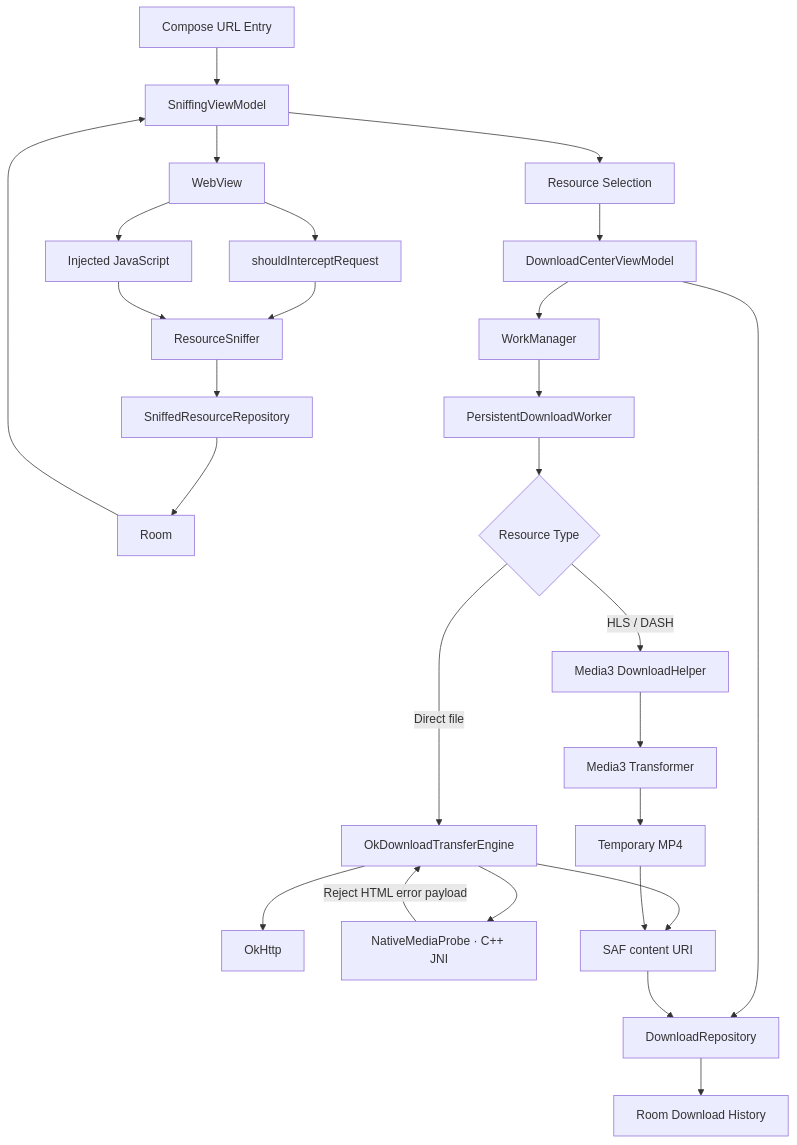
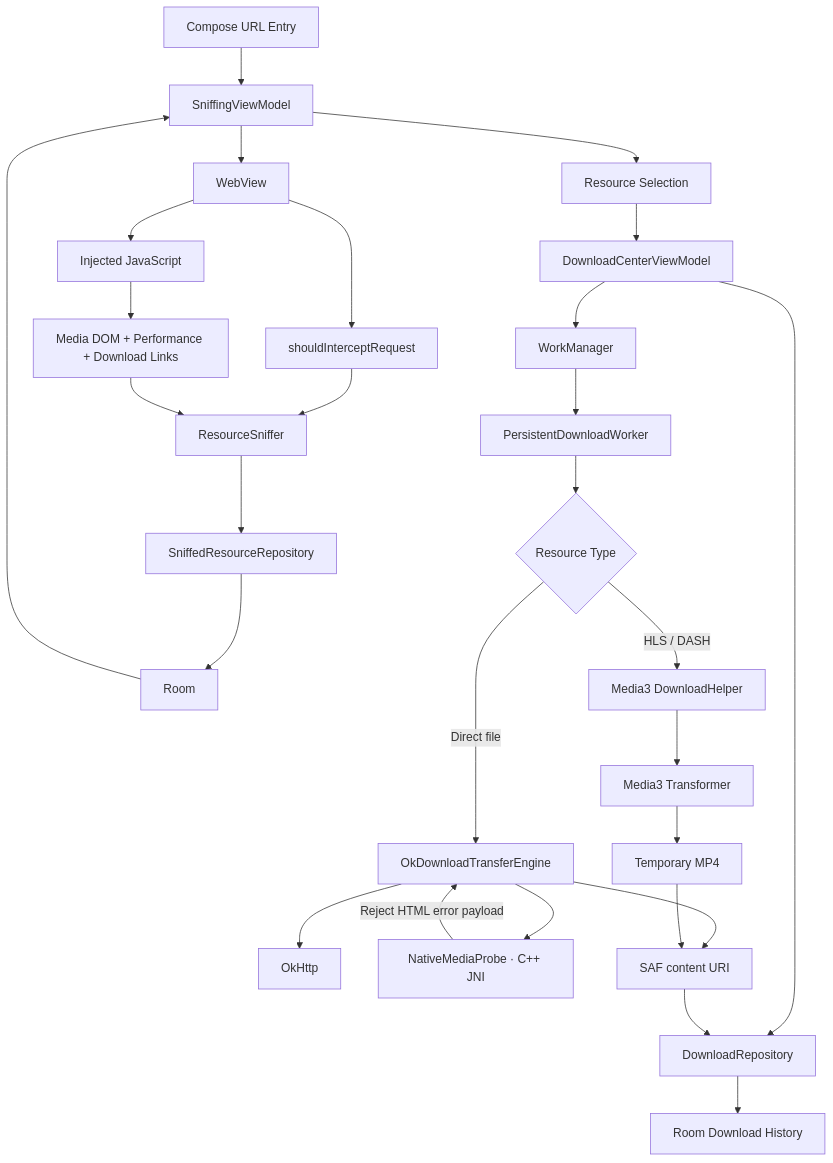
Before and after one commit to sxsbsxs/file-sniffing: the diagram in ARCHITECTURE.md, drawn with Mermaid. The commit also changed other lines of this file and 3 other files, not shown here.

````diff
--- a/ARCHITECTURE.md
+++ b/ARCHITECTURE.md
@@ -5,31 +5,32 @@
 ```mermaid
 flowchart TD
     A[Compose URL Entry] --> B[SniffingViewModel]
     B --> C[WebView]
     C --> D[shouldInterceptRequest]
     C --> E[Injected JavaScript]
     D --> F[ResourceSniffer]
-    E --> F
+    E --> E1[Media DOM + Performance + Download Links]
+    E1 --> F
     F --> G[SniffedResourceRepository]
     G --> H[Room]
     H --> B
 
     B --> I[Resource Selection]
     I --> J[DownloadCenterViewModel]
     J --> K[DownloadRepository]
     K --> L[Room Download History]
     J --> M[WorkManager]
 
     M --> N[PersistentDownloadWorker]
     N --> O{Resource Type}
     O -->|Direct file| P[OkDownloadTransferEngine]
     P --> Q[OkHttp]
     P --> V[NativeMediaProbe · C++ JNI]
     V -->|Reject HTML error payload| P
     O -->|HLS / DASH| R[Media3 DownloadHelper]
     R --> S[Media3 Transformer]
     S --> T[Temporary MP4]
     P --> U[SAF content URI]
     T --> U
     U --> K
 ```
````
